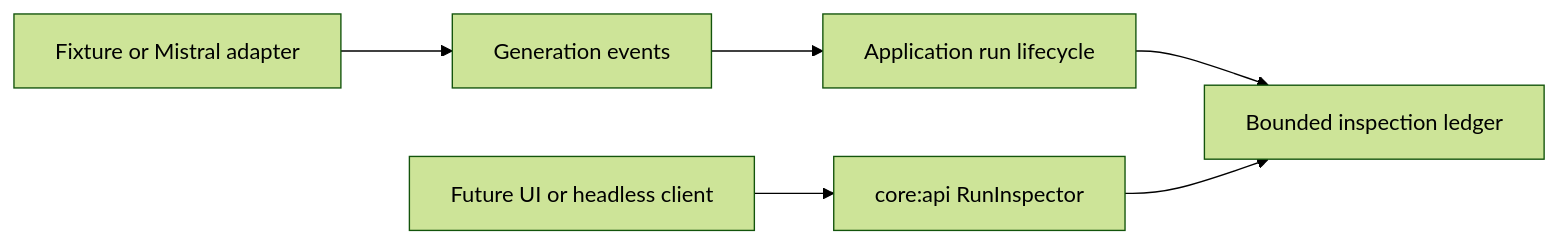
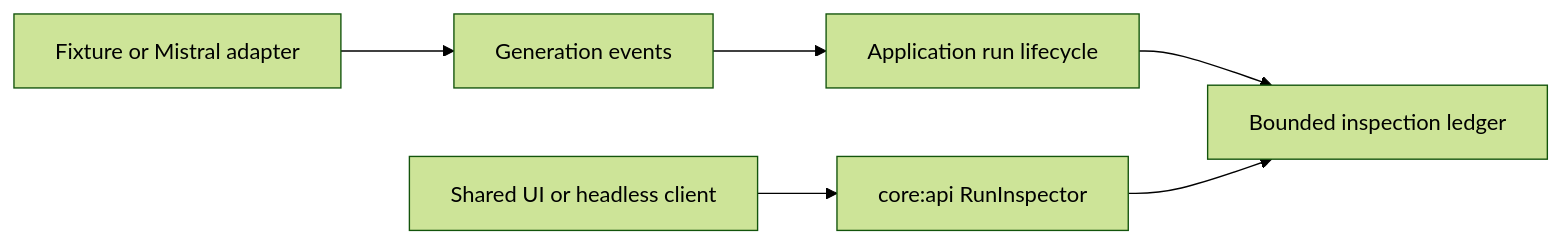
Before and after one commit to artemidius/blowhard: the diagram in docs/architecture/run-inspection.md, drawn with Mermaid (forest theme). The commit also changed other lines of this file and 2 other files, not shown here.

Commit message:
docs: describe shared inspector presentation

````diff
--- a/docs/architecture/run-inspection.md
+++ b/docs/architecture/run-inspection.md
@@ -7,8 +7,8 @@
 ```mermaid
 flowchart LR
     Provider[Fixture or Mistral adapter] --> Events[Generation events]
     Events --> Runs[Application run lifecycle]
     Runs --> Ledger[Bounded inspection ledger]
-    Client[Future UI or headless client] --> Inspector[core:api RunInspector]
+    Client[Shared UI or headless client] --> Inspector[core:api RunInspector]
     Inspector --> Ledger
 ```
````
